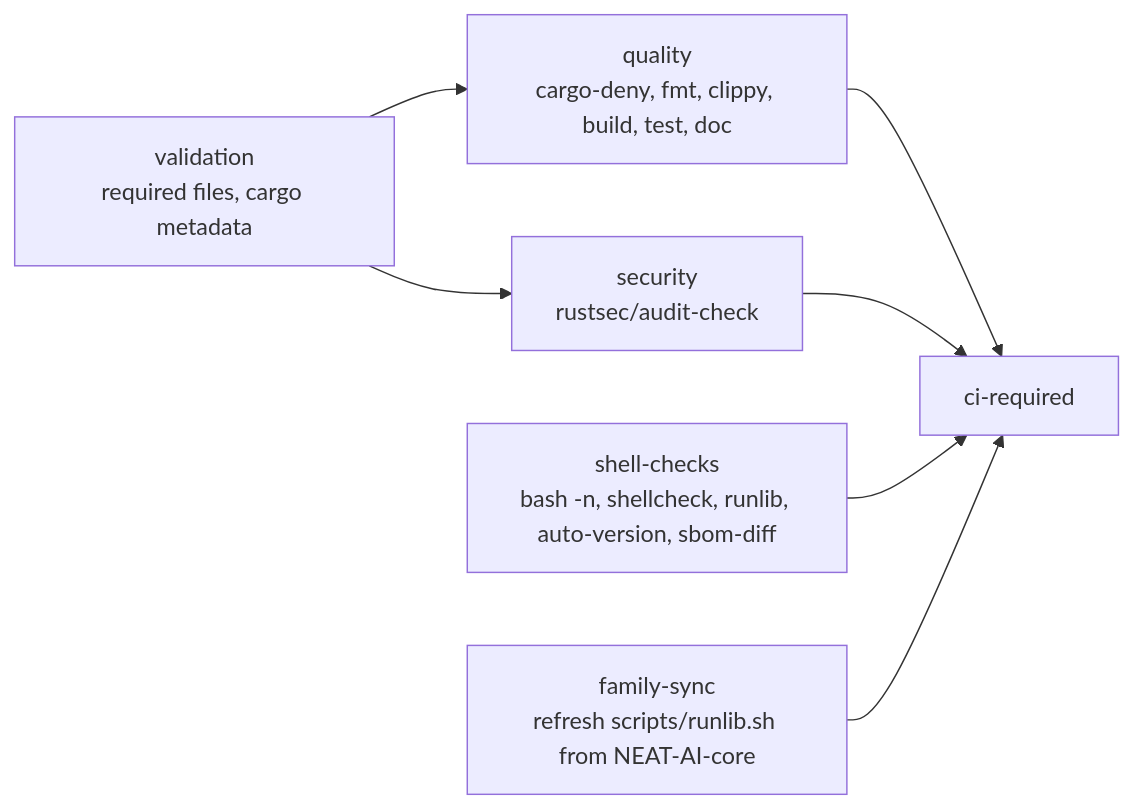
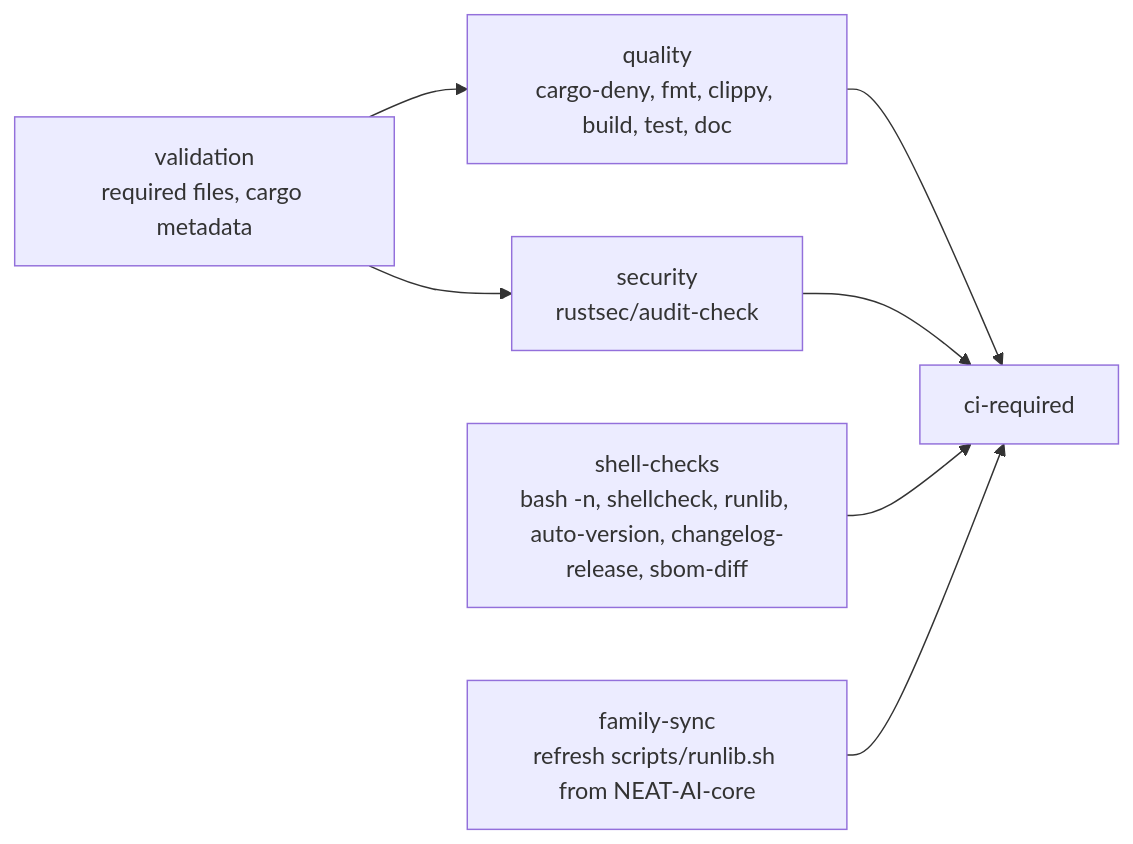
Before and after one commit to stSoftwareAU/NEAT-AI-Refinery: the eighth of 10 diagrams in README.md, drawn with Mermaid. The commit also changed other lines of this file and 13 other files, not shown here.

Commit message:
Automate CHANGELOG.md release-section update on weekly Cargo refresh (Issue #80) (#81)

````diff
--- a/README.md
+++ b/README.md
@@ -762,11 +762,11 @@
 ```mermaid
 flowchart LR
     V[validation<br/>required files, cargo metadata] --> Q[quality<br/>cargo-deny, fmt, clippy, build, test, doc]
     V --> S[security<br/>rustsec/audit-check]
-    SH[shell-checks<br/>bash -n, shellcheck, runlib, auto-version, sbom-diff]
+    SH[shell-checks<br/>bash -n, shellcheck, runlib, auto-version, changelog-release, sbom-diff]
     FS[family-sync<br/>refresh scripts/runlib.sh from NEAT-AI-core]
     Q --> R[ci-required]
     S --> R
     SH --> R
     FS --> R
 ```
````
